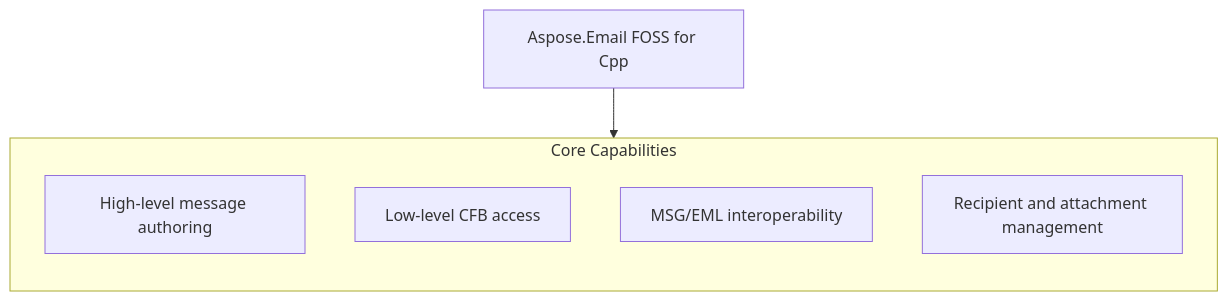
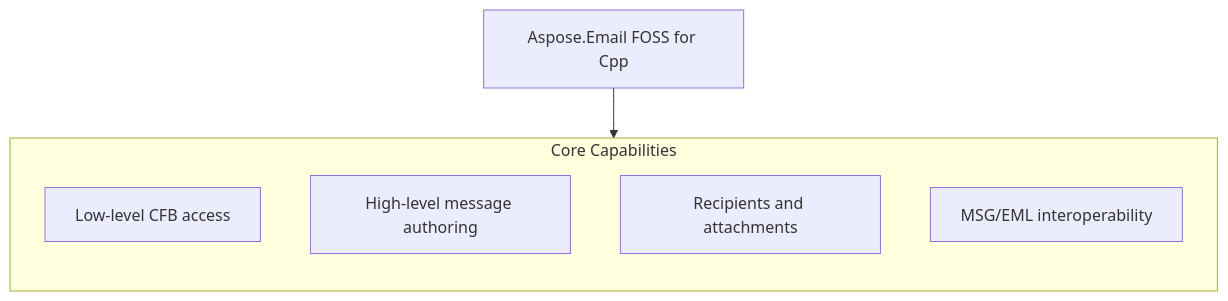
Before and after one commit to babar-raza/repository-presenter: the diagram in candidates/aspose-email-foss__Aspose.Email-FOSS-for-Cpp/c844a467cf7f2503819b655f4d6ceaef91056c40/README.md, drawn with Mermaid. The commit also changed other lines of this file and 13 other files, not shown here.

````diff
--- a/candidates/aspose-email-foss__Aspose.Email-FOSS-for-Cpp/c844a467cf7f2503819b655f4d6ceaef91056c40/README.md
+++ b/candidates/aspose-email-foss__Aspose.Email-FOSS-for-Cpp/c844a467cf7f2503819b655f4d6ceaef91056c40/README.md
@@ -24,12 +24,12 @@
 ```mermaid
 flowchart TD
   PRODUCT["Aspose.Email FOSS for Cpp"]
   subgraph Capabilities["Core Capabilities"]
     direction TB
-    c1["High-level message authoring"]
-    c2["Low-level CFB access"]
-    c3["MSG/EML interoperability"]
-    c4["Recipient and attachment management"]
+    c1["Low-level CFB access"]
+    c2["High-level message authoring"]
+    c3["Recipients and attachments"]
+    c4["MSG/EML interoperability"]
   end
   PRODUCT --> Capabilities
 ```
````
